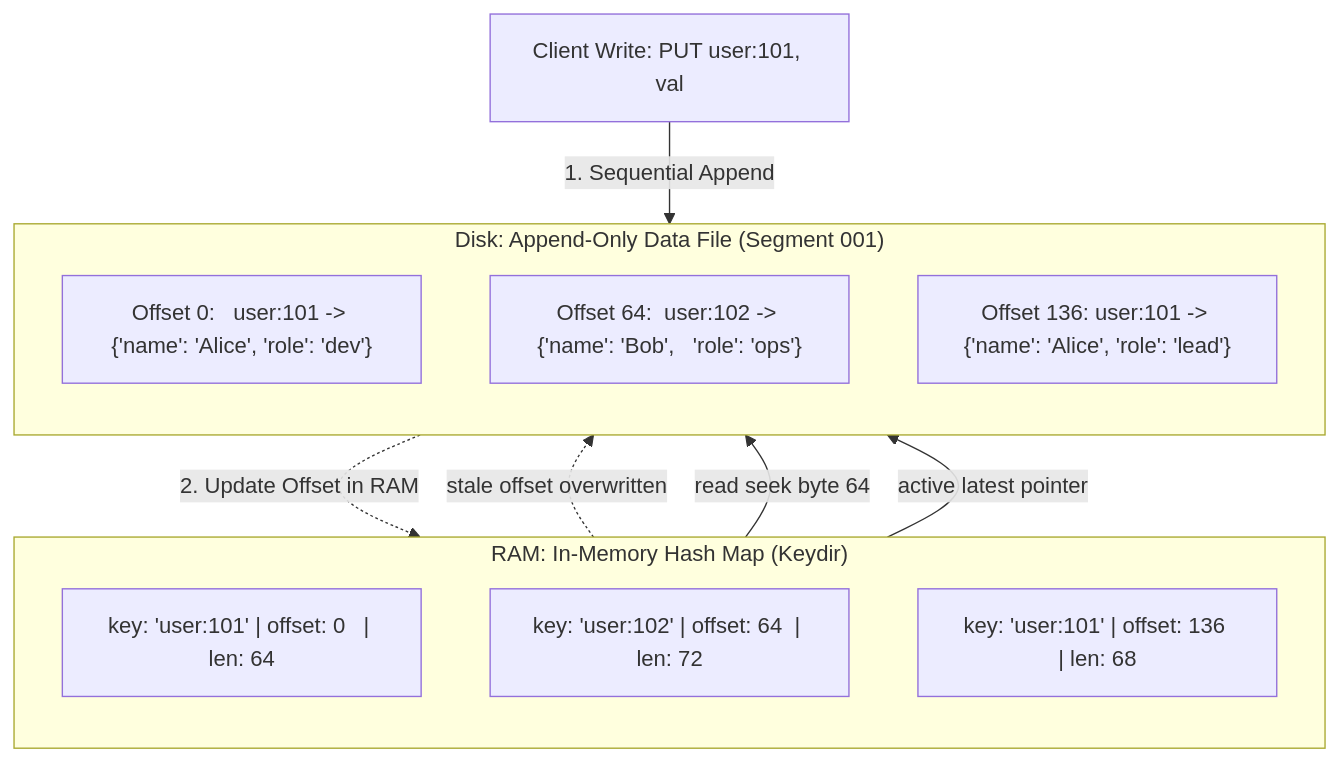
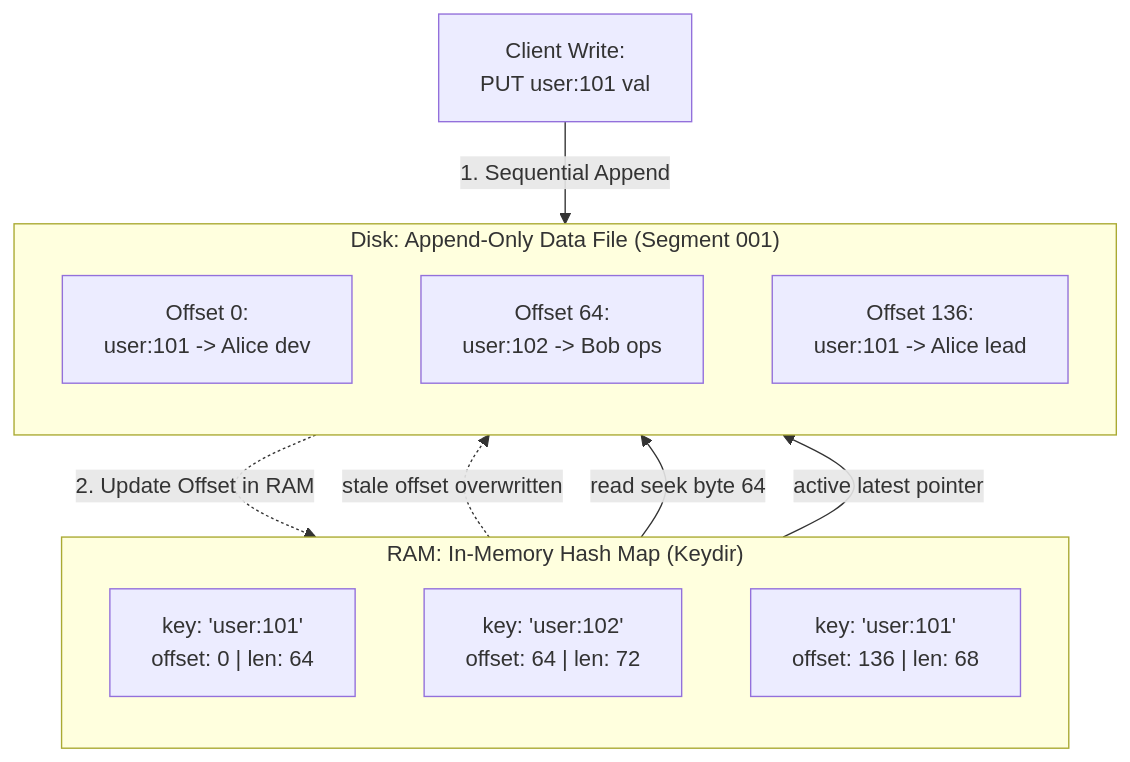
The first of 12 diagrams in 01 Designing Data-Intensive Applications/chapter-04-storage-and-retrieval.md (1mimhe/books-summery), drawn with Mermaid before and after one commit. The commit also changed other lines of this file and 1 other file, not shown here.

````diff
--- a/01 Designing Data-Intensive Applications/chapter-04-storage-and-retrieval.md
+++ b/01 Designing Data-Intensive Applications/chapter-04-storage-and-retrieval.md
@@ -278,23 +168,20 @@
 ```mermaid
 flowchart TD
   subgraph SG_RAM["RAM: In-Memory Hash Map (Keydir)"]
     direction TB
-    K1["key: 'user:101' | offset: 0   | len: 64"]
-    K2["key: 'user:102' | offset: 64  | len: 72"]
-    K3["key: 'user:101' | offset: 136 | len: 68"]
+    K1["key: 'user:101'<br/>offset: 0 | len: 64"]
+    K2["key: 'user:102'<br/>offset: 64 | len: 72"]
+    K3["key: 'user:101'<br/>offset: 136 | len: 68"]
   end
-
   subgraph SG_DISK["Disk: Append-Only Data File (Segment 001)"]
     direction TB
-    R1["Offset 0:   user:101 -> {'name': 'Alice', 'role': 'dev'}"]
-    R2["Offset 64:  user:102 -> {'name': 'Bob',   'role': 'ops'}"]
-    R3["Offset 136: user:101 -> {'name': 'Alice', 'role': 'lead'}"]
+    R1["Offset 0:<br/>user:101 -> Alice dev"]
+    R2["Offset 64:<br/>user:102 -> Bob ops"]
+    R3["Offset 136:<br/>user:101 -> Alice lead"]
   end
-
   K1 -.->|"stale offset overwritten"| R1
   K2 -->|"read seek byte 64"| R2
   K3 -->|"active latest pointer"| R3
-
-  CLIENT["Client Write: PUT user:101, val"] -->|"1. Sequential Append"| R3
+  CLIENT["Client Write:<br/>PUT user:101 val"] -->|"1. Sequential Append"| R3
   R3 -.->|"2. Update Offset in RAM"| K3
 ```
````
